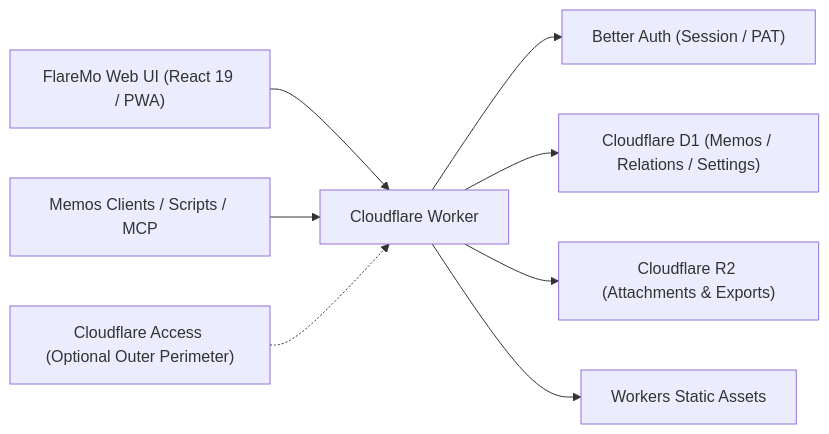
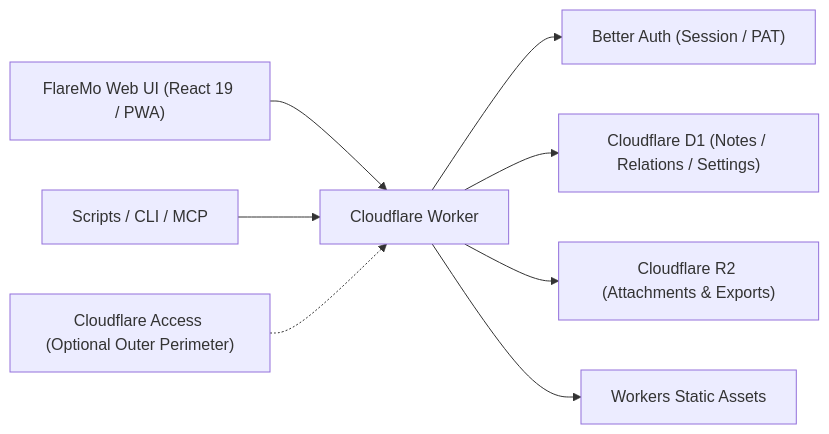
The diagram in README.ar.md (realchendahuang/FlareMo), drawn with Mermaid before and after one commit. The commit also changed other lines of this file and 24 other files, not shown here.

````diff
--- a/README.ar.md
+++ b/README.ar.md
@@ -198,11 +198,11 @@
 ```mermaid
 flowchart LR
   Browser["FlareMo Web UI (React 19 / PWA)"] --> Worker["Cloudflare Worker"]
-  Clients["Memos Clients / Scripts / MCP"] --> Worker
+  Clients["Scripts / CLI / MCP"] --> Worker
 
   Worker --> Auth["Better Auth (Session / PAT)"]
-  Worker --> D1["Cloudflare D1 (Memos / Relations / Settings)"]
+  Worker --> D1["Cloudflare D1 (Notes / Relations / Settings)"]
   Access["Cloudflare Access (Optional Outer Perimeter)"] -.-> Worker
   Worker --> R2["Cloudflare R2 (Attachments & Exports)"]
   Worker --> Assets["Workers Static Assets"]
 ```
````
